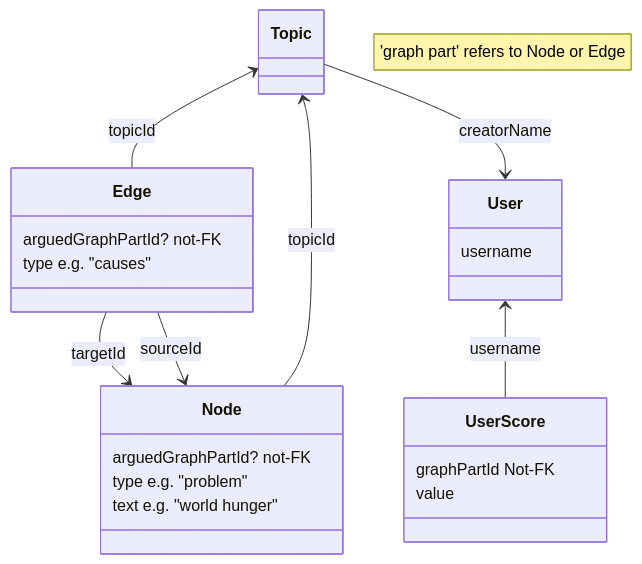
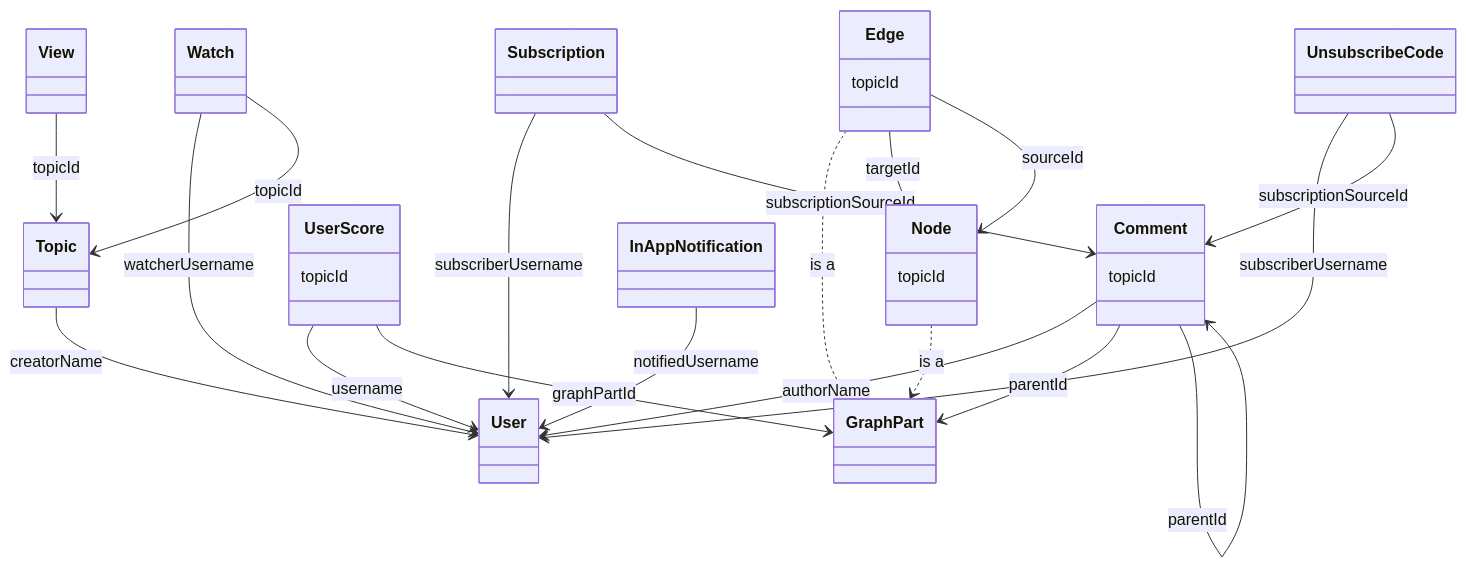
The diagram in design-docs/database-schema.md (amelioro/ameliorate), drawn with Mermaid before and after one commit. The commit also changed other lines of this file, not shown here.

Commit message:
docs(schema): bring up-to-date

````diff
--- a/design-docs/database-schema.md
+++ b/design-docs/database-schema.md
@@ -5,34 +12,46 @@
 ```mermaid
 classDiagram
+  Topic --> User: creatorName
+
+  Node ..> GraphPart : is a
+  Edge ..> GraphPart : is a
+
   Edge --> Node: targetId
   Edge --> Node: sourceId
-  User <-- UserScore: username
-  Topic <-- Node: topicId
-  Topic <-- Edge: topicId
-  Topic --> User: creatorName
 
-  class User {
-    username
-  }
+  UserScore --> User: username
+  UserScore --> GraphPart: graphPartId
 
-  class Topic {
-  }
+  View --> Topic: topicId
+
+  Comment --> User: authorName
+  Comment --> GraphPart: parentId
+  Comment --> Comment: parentId
+
+  InAppNotification --> User: notifiedUsername
+
+  Watch --> User: watcherUsername
+  Watch --> Topic: topicId
+
+  Subscription --> User: subscriberUsername
+  Subscription --> Comment: subscriptionSourceId
+
+  UnsubscribeCode --> User: subscriberUsername
+  UnsubscribeCode --> Comment: subscriptionSourceId
 
   class Node {
-    arguedGraphPartId? not-FK
-    type e.g. "problem"
-    text e.g. "world hunger"
+    topicId
   }
 
   class Edge {
-    arguedGraphPartId? not-FK
-    type e.g. "causes"
+    topicId
   }
 
   class UserScore {
-    graphPartId Not-FK
-    value
+    topicId
   }
 
-  note "'graph part' refers to Node or Edge"
+  class Comment {
+    topicId
+  }
 ```
````
